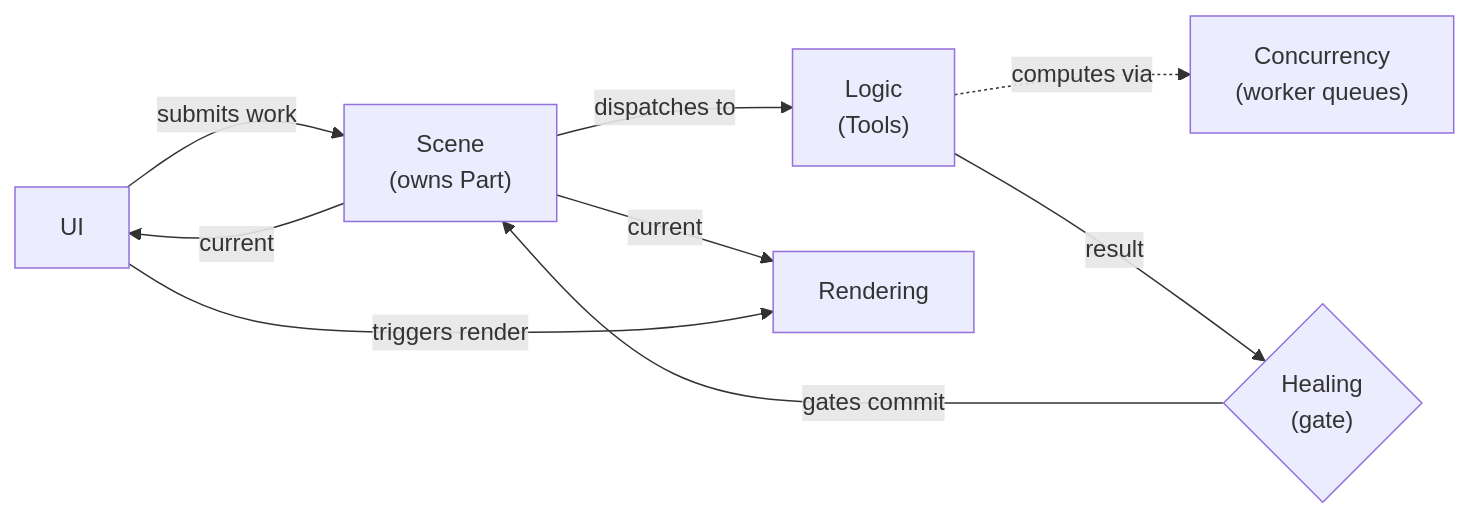
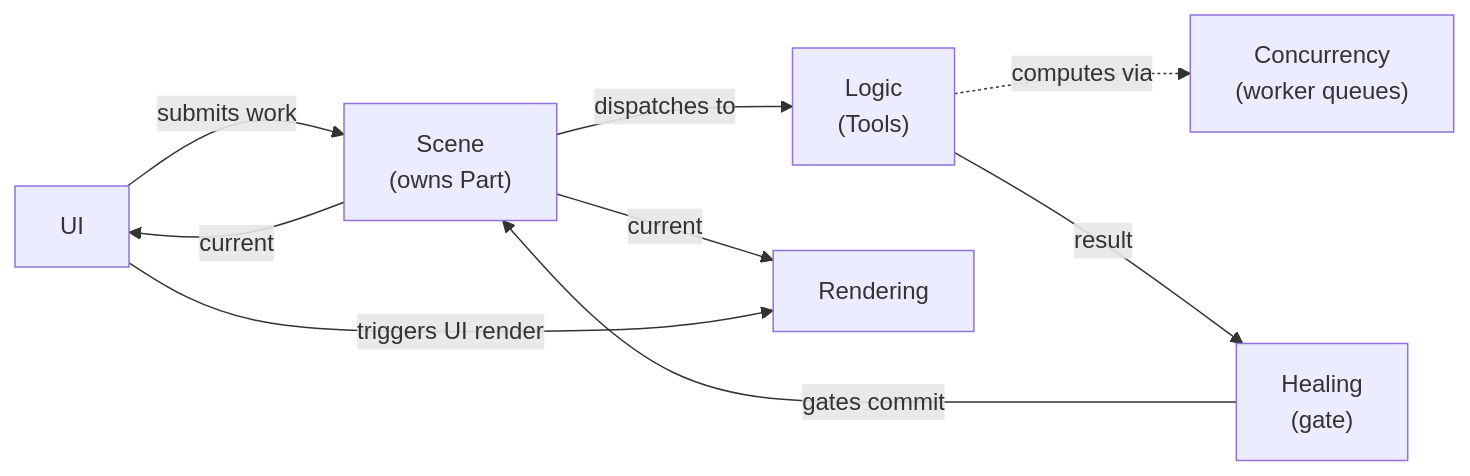
Before and after one commit to NikolaiIFedorov/3d-print-analyser: the first of 6 diagrams in docs/architecture.md, drawn with Mermaid.

````diff
--- a/docs/architecture.md
+++ b/docs/architecture.md
@@ -54,18 +54,18 @@
 ```mermaid
 flowchart LR
     UI["UI"]
     Scene["Scene<br/>(owns Part)"]
     Logic["Logic<br/>(Tools)"]
     Concurrency["Concurrency<br/>(worker queues)"]
-    Healing{"Healing<br/>(gate)"}
+    Healing["Healing<br/>(gate)"]
     Rendering["Rendering"]
 
     UI -- "submits work" --> Scene
     Scene -- "dispatches to" --> Logic
     Logic -. "computes via" .-> Concurrency
     Logic -- "result" --> Healing
     Healing -- "gates commit" --> Scene
     Scene -- "current" --> Rendering
     Scene -- "current" --> UI
-    UI -- "triggers render" --> Rendering
+    UI -- "triggers UI render" --> Rendering
 ```
````
